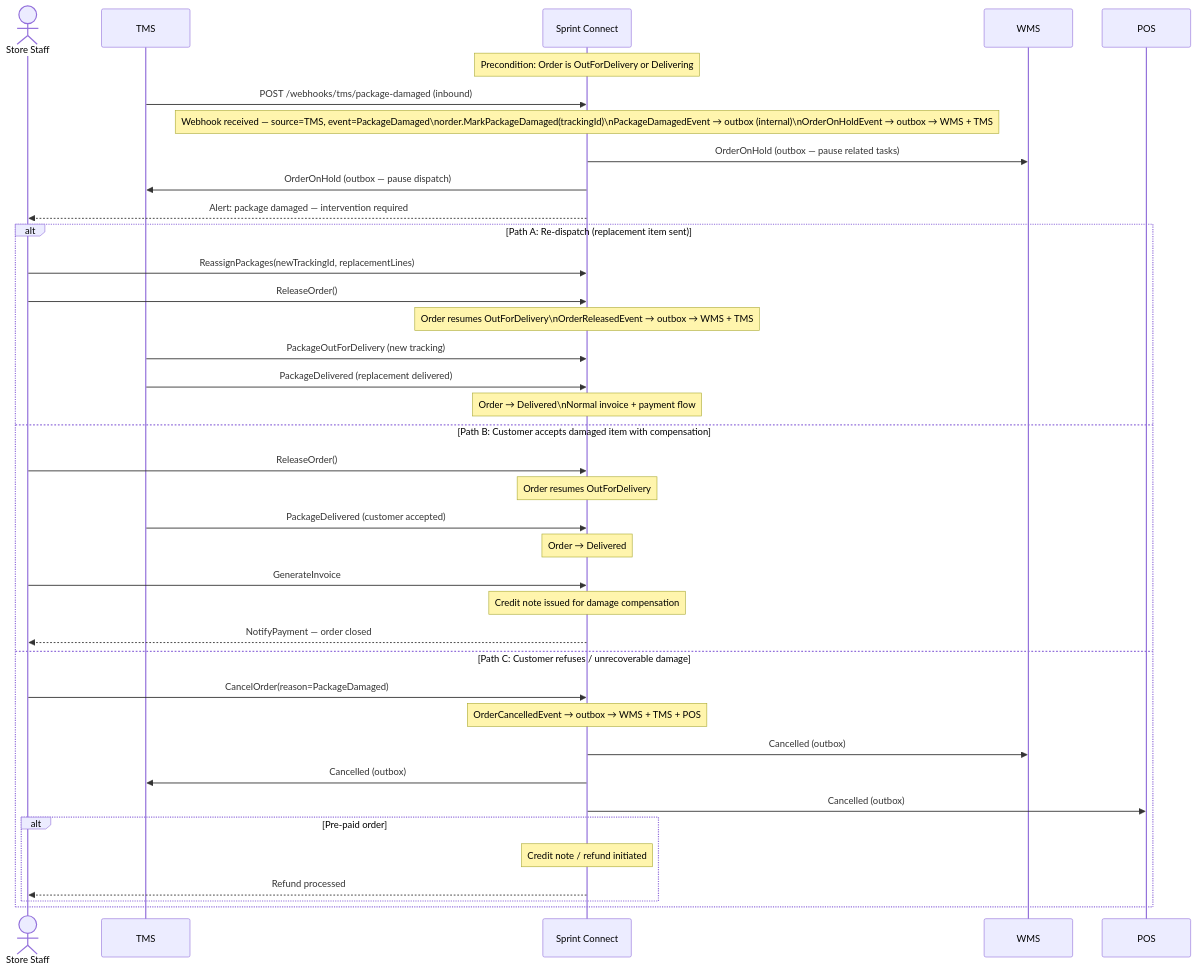
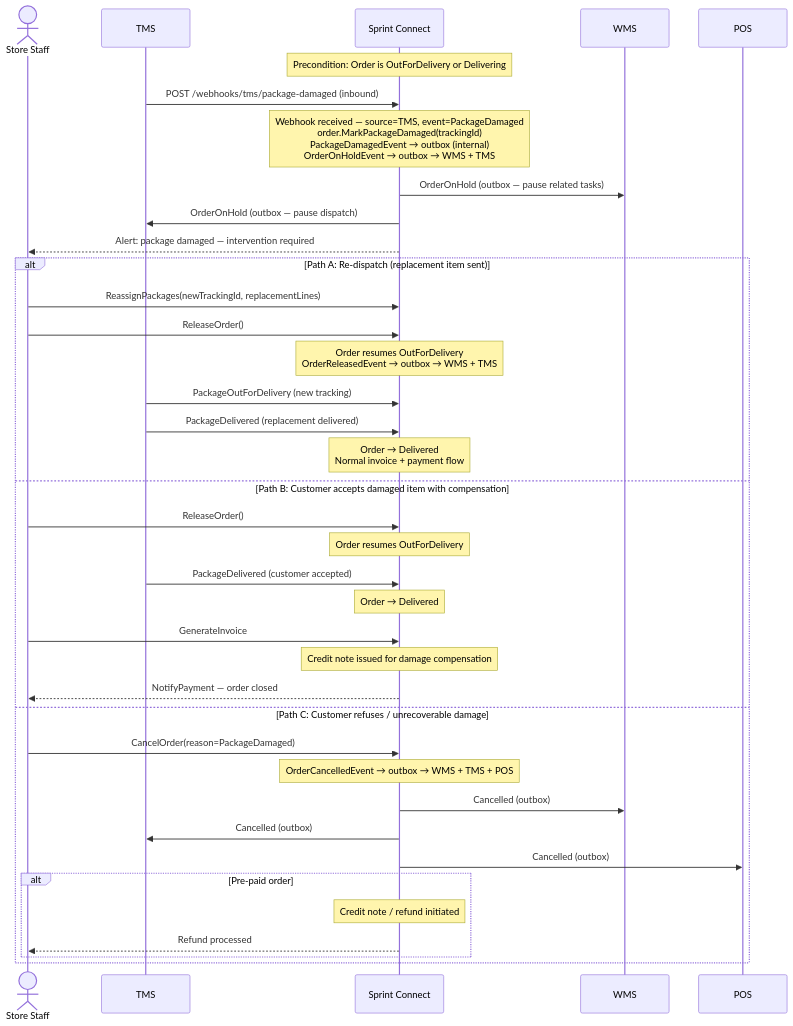
Before and after one commit to rosered11/personal-claude: diagram 18 of 24 in result/oms-sequence-diagrams.md, drawn with Mermaid. The commit also changed other lines of this file and 7 other files, not shown here.

````diff
--- a/result/oms-sequence-diagrams.md
+++ b/result/oms-sequence-diagrams.md
@@ -615,44 +615,44 @@
 ```mermaid
 sequenceDiagram
     actor SS as Store Staff
     participant TMS as TMS
     participant SC as Sprint Connect
     participant WMS as WMS
 
     Note over SC: Precondition: Order is OutForDelivery or Delivering
 
     TMS->>SC: POST /webhooks/tms/package-damaged (inbound)
-    Note over SC: Webhook received — source=TMS, event=PackageDamaged\norder.MarkPackageDamaged(trackingId)\nPackageDamagedEvent → outbox (internal)\nOrderOnHoldEvent → outbox → WMS + TMS
+    Note over SC: Webhook received — source=TMS, event=PackageDamaged<br>order.MarkPackageDamaged(trackingId)<br>PackageDamagedEvent → outbox (internal)<br>OrderOnHoldEvent → outbox → WMS + TMS
     SC->>WMS: OrderOnHold (outbox — pause related tasks)
     SC->>TMS: OrderOnHold (outbox — pause dispatch)
     SC-->>SS: Alert: package damaged — intervention required
 
     alt Path A: Re-dispatch (replacement item sent)
         SS->>SC: ReassignPackages(newTrackingId, replacementLines)
         SS->>SC: ReleaseOrder()
-        Note over SC: Order resumes OutForDelivery\nOrderReleasedEvent → outbox → WMS + TMS
+        Note over SC: Order resumes OutForDelivery<br>OrderReleasedEvent → outbox → WMS + TMS
         TMS->>SC: PackageOutForDelivery (new tracking)
         TMS->>SC: PackageDelivered (replacement delivered)
-        Note over SC: Order → Delivered\nNormal invoice + payment flow
+        Note over SC: Order → Delivered<br>Normal invoice + payment flow
 
     else Path B: Customer accepts damaged item with compensation
         SS->>SC: ReleaseOrder()
         Note over SC: Order resumes OutForDelivery
         TMS->>SC: PackageDelivered (customer accepted)
         Note over SC: Order → Delivered
         SS->>SC: GenerateInvoice
         Note over SC: Credit note issued for damage compensation
         SC-->>SS: NotifyPayment — order closed
 
     else Path C: Customer refuses / unrecoverable damage
         SS->>SC: CancelOrder(reason=PackageDamaged)
         Note over SC: OrderCancelledEvent → outbox → WMS + TMS + POS
         SC->>WMS: Cancelled (outbox)
         SC->>TMS: Cancelled (outbox)
         SC->>POS: Cancelled (outbox)
         alt Pre-paid order
             Note over SC: Credit note / refund initiated
             SC-->>SS: Refund processed
         end
     end
 ```
````
